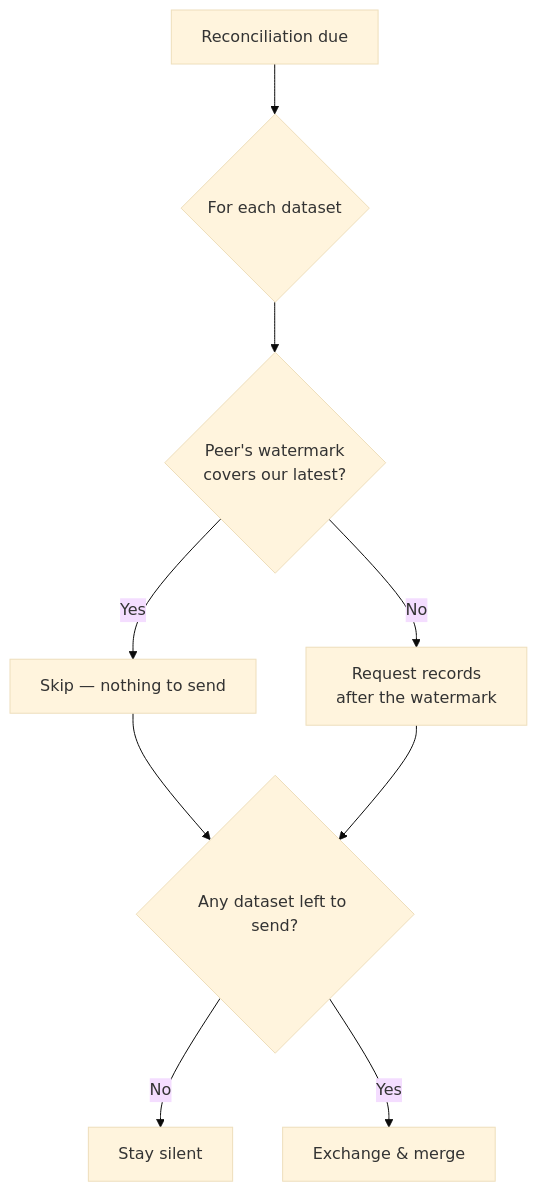
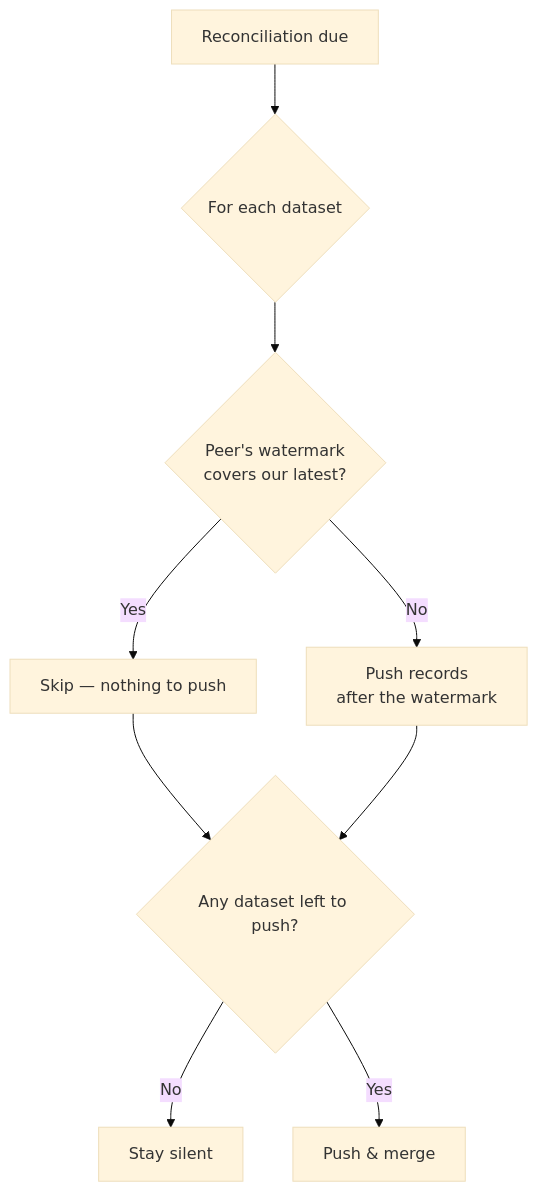
The fourth of 7 diagrams in website/docs/design/clustering/replication.mdx (link-society/flowg), drawn with Mermaid (base theme) before and after one commit. The commit also changed other lines of this file, not shown here.

````diff
--- a/website/docs/design/clustering/replication.mdx
+++ b/website/docs/design/clustering/replication.mdx
@@ -154,11 +155,11 @@
 ```mermaid
 flowchart TD
   R[Reconciliation due] --> L{For each dataset}
   L --> C{Peer's watermark<br/>covers our latest?}
-  C -- Yes --> SK[Skip — nothing to send]
-  C -- No --> RQ[Request records<br/>after the watermark]
-  SK --> D{Any dataset left to send?}
+  C -- Yes --> SK[Skip — nothing to push]
+  C -- No --> RQ[Push records<br/>after the watermark]
+  SK --> D{Any dataset left to push?}
   RQ --> D
   D -- No --> Q[Stay silent]
-  D -- Yes --> X[Exchange & merge]
+  D -- Yes --> X[Push & merge]
 ```
````
